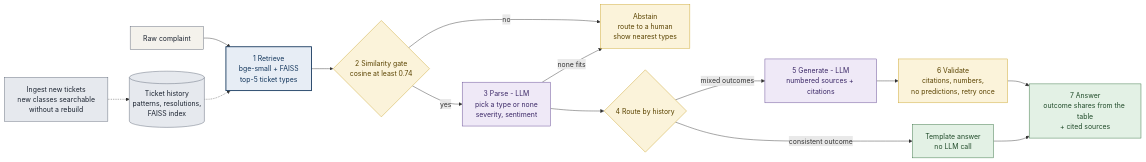
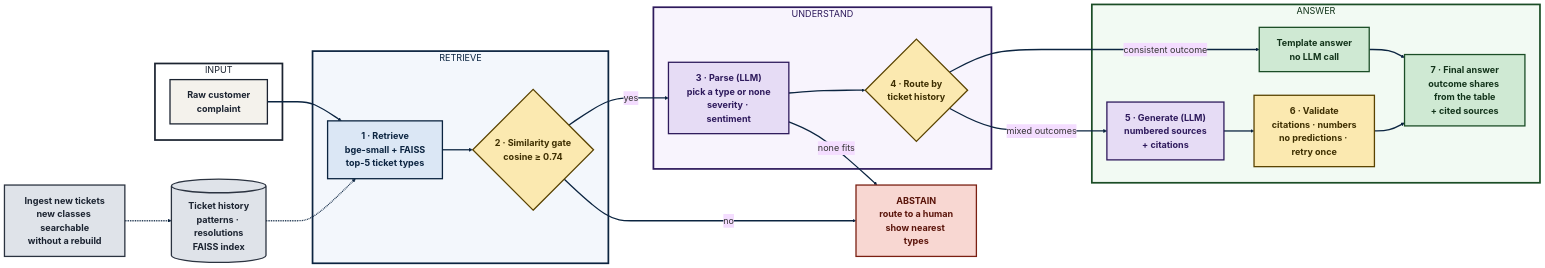
The diagram in README.md (Ankith-55/prodapt-rag), drawn with Mermaid before and after one commit. The commit also changed other lines of this file and 1 other file, not shown here.

Commit message:
Readme.MD v1.5

````diff
--- a/README.md
+++ b/README.md
@@ -31,22 +31,62 @@
 ```mermaid
+%%{init: {'theme': 'base', 'themeVariables': {'fontFamily': 'IBM Plex Sans, Segoe UI, Arial, sans-serif', 'fontSize': '21px', 'lineColor': '#0b2440'}, 'flowchart': {'curve': 'basis', 'nodeSpacing': 55, 'rankSpacing': 70, 'padding': 20}}}%%
 flowchart LR
-  Q["Raw complaint"]:::input --> R["1 Retrieve<br/>bge-small + FAISS<br/>top-5 ticket types"]:::retrieval
-  R --> G{"2 Similarity gate<br/>cosine at least 0.74"}:::guard
-  G -- "no" --> A["Abstain<br/>route to a human<br/>show nearest types"]:::guard
-  G -- "yes" --> P["3 Parse - LLM<br/>pick a type or none<br/>severity, sentiment"]:::llm
-  P -- "none fits" --> A
-  P --> T{"4 Route by history"}:::guard
-  T -- "consistent outcome" --> TPL["Template answer<br/>no LLM call"]:::output
-  T -- "mixed outcomes" --> GEN["5 Generate - LLM<br/>numbered sources + citations"]:::llm
-  GEN --> V["6 Validate<br/>citations, numbers,<br/>no predictions, retry once"]:::guard
-  V --> OUT["7 Answer<br/>outcome shares from the table<br/>+ cited sources"]:::output
-  TPL --> OUT
-  DATA[("Ticket history<br/>patterns, resolutions,<br/>FAISS index")]:::store -.-> R
-  ING["Ingest new tickets<br/>new classes searchable<br/>without a rebuild"]:::store -.-> DATA
-  classDef input fill:#f4f2ec,stroke:#586172,color:#1b2330;
-  classDef retrieval fill:#e7edf5,stroke:#12355b,color:#12355b,stroke-width:2px;
-  classDef llm fill:#efe9f7,stroke:#5b3f8c,color:#3a2766;
-  classDef guard fill:#fbf3da,stroke:#c9a227,color:#5a4300;
-  classDef output fill:#e3f1e5,stroke:#2f6b3a,color:#1f4a28;
-  classDef store fill:#e6e9ee,stroke:#586172,color:#1b2330;
+  subgraph IN["INPUT"]
+    Q["Raw customer<br/>complaint"]
+  end
+
+  subgraph RET["RETRIEVE"]
+    R["1 · Retrieve<br/>bge-small + FAISS<br/>top-5 ticket types"]
+    G{"2 · Similarity gate<br/>cosine ≥ 0.74"}
+  end
+
+  subgraph UND["UNDERSTAND"]
+    P["3 · Parse (LLM)<br/>pick a type or none<br/>severity · sentiment"]
+    T{"4 · Route by<br/>ticket history"}
+  end
+
+  subgraph ANS["ANSWER"]
+    TPL["Template answer<br/>no LLM call"]
+    GEN["5 · Generate (LLM)<br/>numbered sources<br/>+ citations"]
+    V["6 · Validate<br/>citations · numbers<br/>no predictions · retry once"]
+    OUT["7 · Final answer<br/>outcome shares from the table<br/>+ cited sources"]
+  end
+
+  ABS["ABSTAIN<br/>route to a human<br/>show nearest types"]
+  DATA[("Ticket history<br/>patterns · resolutions<br/>FAISS index")]
+  ING["Ingest new tickets<br/>new classes searchable<br/>without a rebuild"]
+
+  Q --> R --> G
+  G -- "no" --> ABS
+  G -- "yes" --> P
+  P -- "none fits" --> ABS
+  P --> T
+  T -- "consistent outcome" --> TPL --> OUT
+  T -- "mixed outcomes" --> GEN --> V --> OUT
+  DATA -.-> R
+  ING -.-> DATA
+
+  classDef input fill:#f4f2ec,stroke:#1b2330,stroke-width:3px,color:#1b2330,font-weight:bold;
+  classDef retrieval fill:#dbe7f5,stroke:#0b2440,stroke-width:3px,color:#0b2440,font-weight:bold;
+  classDef llm fill:#e6dcf5,stroke:#2e1a5c,stroke-width:3px,color:#2e1a5c,font-weight:bold;
+  classDef guard fill:#fbe9b0,stroke:#5a4300,stroke-width:3px,color:#3d2e00,font-weight:bold;
+  classDef output fill:#cfe9d3,stroke:#1b4d26,stroke-width:3px,color:#12331a,font-weight:bold;
+  classDef store fill:#dfe3e9,stroke:#2b3340,stroke-width:3px,color:#1b2330,font-weight:bold;
+  classDef stop fill:#f8d7d2,stroke:#7a1f12,stroke-width:3px,color:#5a140a,font-weight:bold;
+
+  class Q input;
+  class R retrieval;
+  class G,T guard;
+  class P,GEN llm;
+  class V guard;
+  class TPL,OUT output;
+  class DATA,ING store;
+  class ABS stop;
+
+  style IN fill:#ffffff,stroke:#1b2330,stroke-width:4px,color:#1b2330
+  style RET fill:#f3f7fc,stroke:#0b2440,stroke-width:4px,color:#0b2440
+  style UND fill:#f8f4fd,stroke:#2e1a5c,stroke-width:4px,color:#2e1a5c
+  style ANS fill:#f2faf3,stroke:#1b4d26,stroke-width:4px,color:#12331a
+
+  linkStyle default stroke:#0b2440,stroke-width:3px
 ```
````
